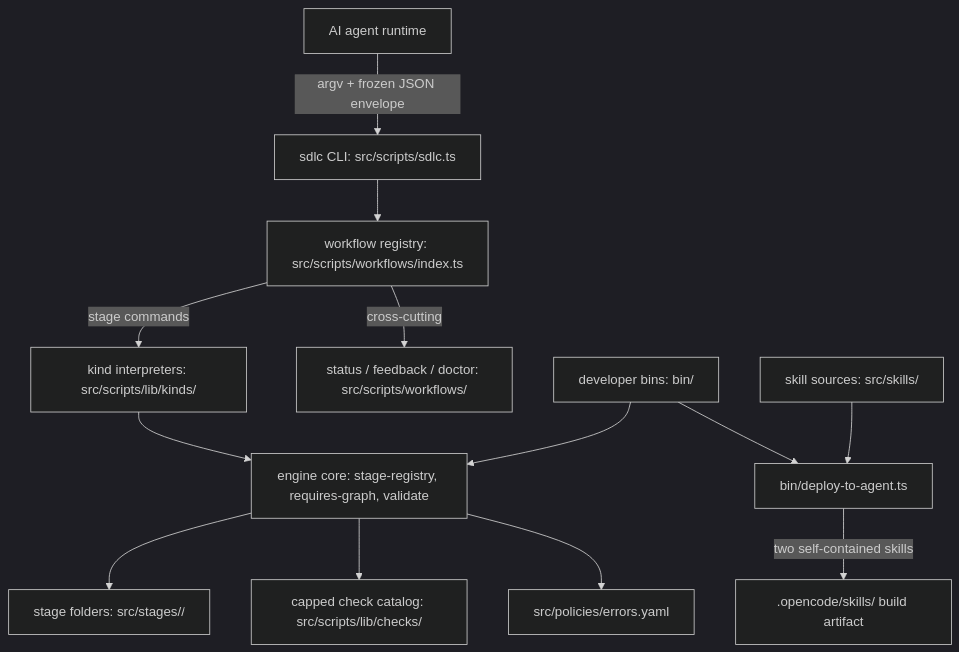
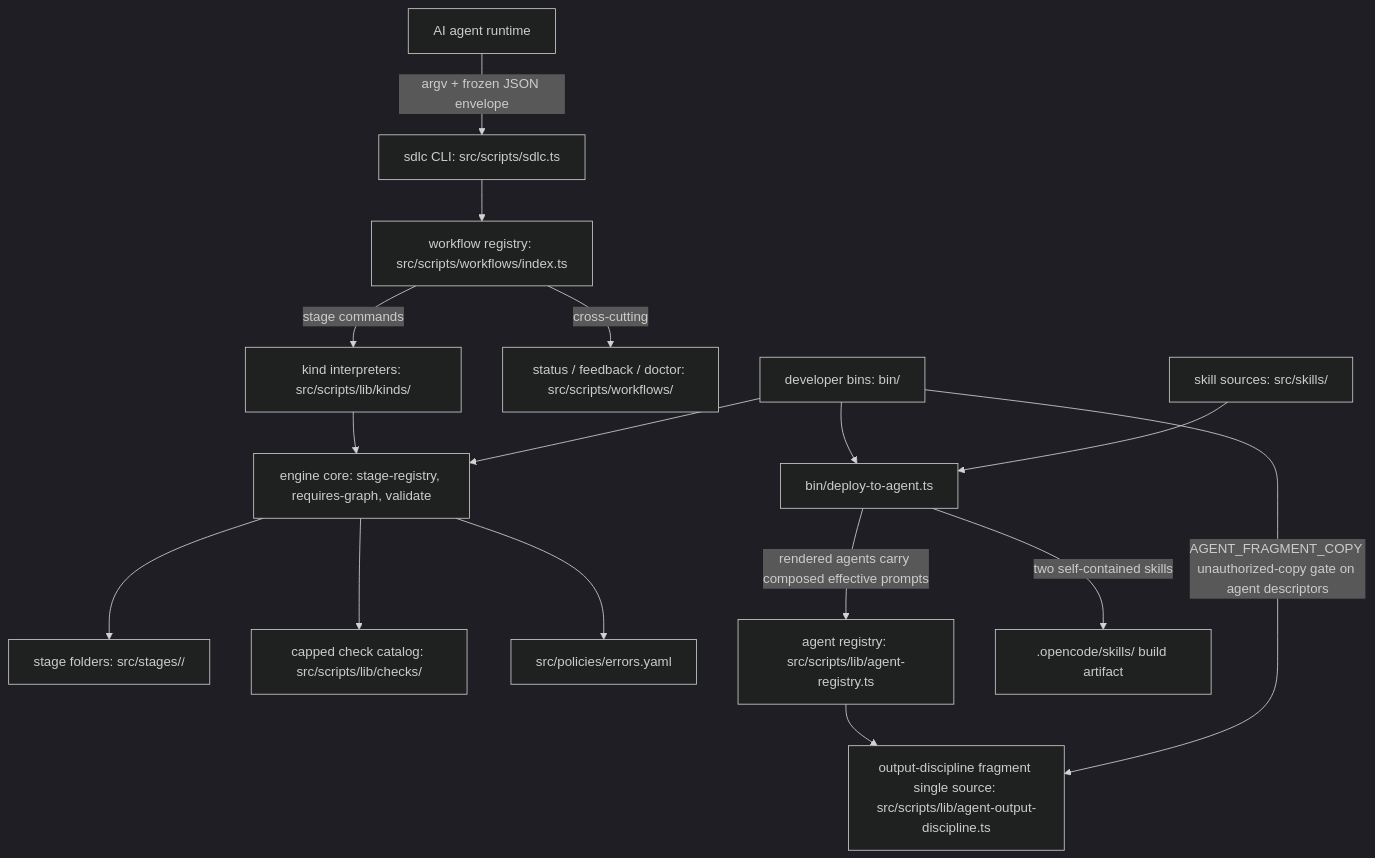
Before and after one commit to metagres/agentic: the diagram in docs/current/architecture.md, drawn with Mermaid (dark theme). The commit also changed other lines of this file and 37 other files, not shown here.

````diff
--- a/docs/current/architecture.md
+++ b/docs/current/architecture.md
@@ -16,15 +16,18 @@
 ```mermaid
 graph TD
   AGENT[AI agent runtime] -->|argv + frozen JSON envelope| CLI[sdlc CLI: src/scripts/sdlc.ts]
   CLI --> REG[workflow registry: src/scripts/workflows/index.ts]
   REG -->|stage commands| KINDS[kind interpreters: src/scripts/lib/kinds/]
   REG -->|cross-cutting| XW[status / feedback / doctor: src/scripts/workflows/]
   KINDS --> ENGINE[engine core: stage-registry, requires-graph, validate]
   ENGINE --> STAGES[stage folders: src/stages/<id>/]
   ENGINE --> CHECKS[capped check catalog: src/scripts/lib/checks/]
   ENGINE --> POLICIES[src/policies/errors.yaml]
   BIN[developer bins: bin/] --> ENGINE
   BIN --> DEPLOY[bin/deploy-to-agent.ts]
   SKILLSRC[skill sources: src/skills/] --> DEPLOY
+  DEPLOY -->|rendered agents carry composed effective prompts| AGREG[agent registry: src/scripts/lib/agent-registry.ts]
+  AGREG --> FRAG[output-discipline fragment single source: src/scripts/lib/agent-output-discipline.ts]
+  BIN -->|AGENT_FRAGMENT_COPY unauthorized-copy gate on agent descriptors| FRAG
   DEPLOY -->|two self-contained skills| RUNTIME[.opencode/skills/ build artifact]
 ```
````
